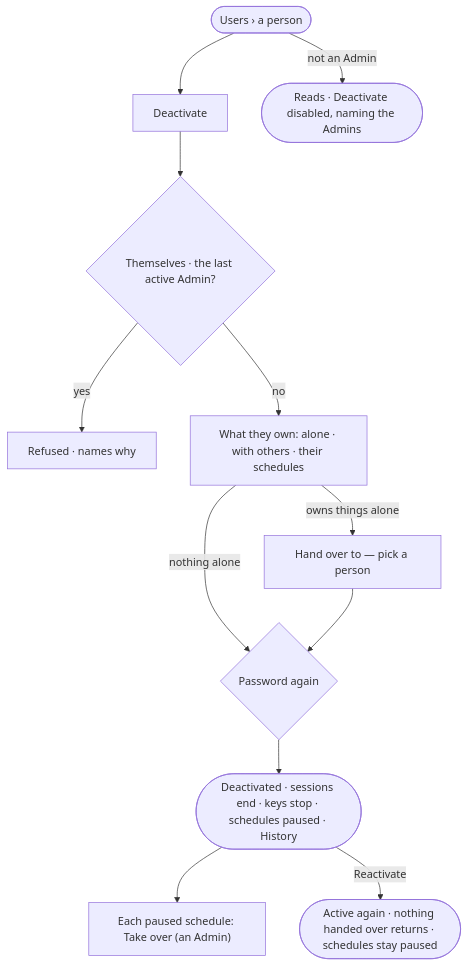
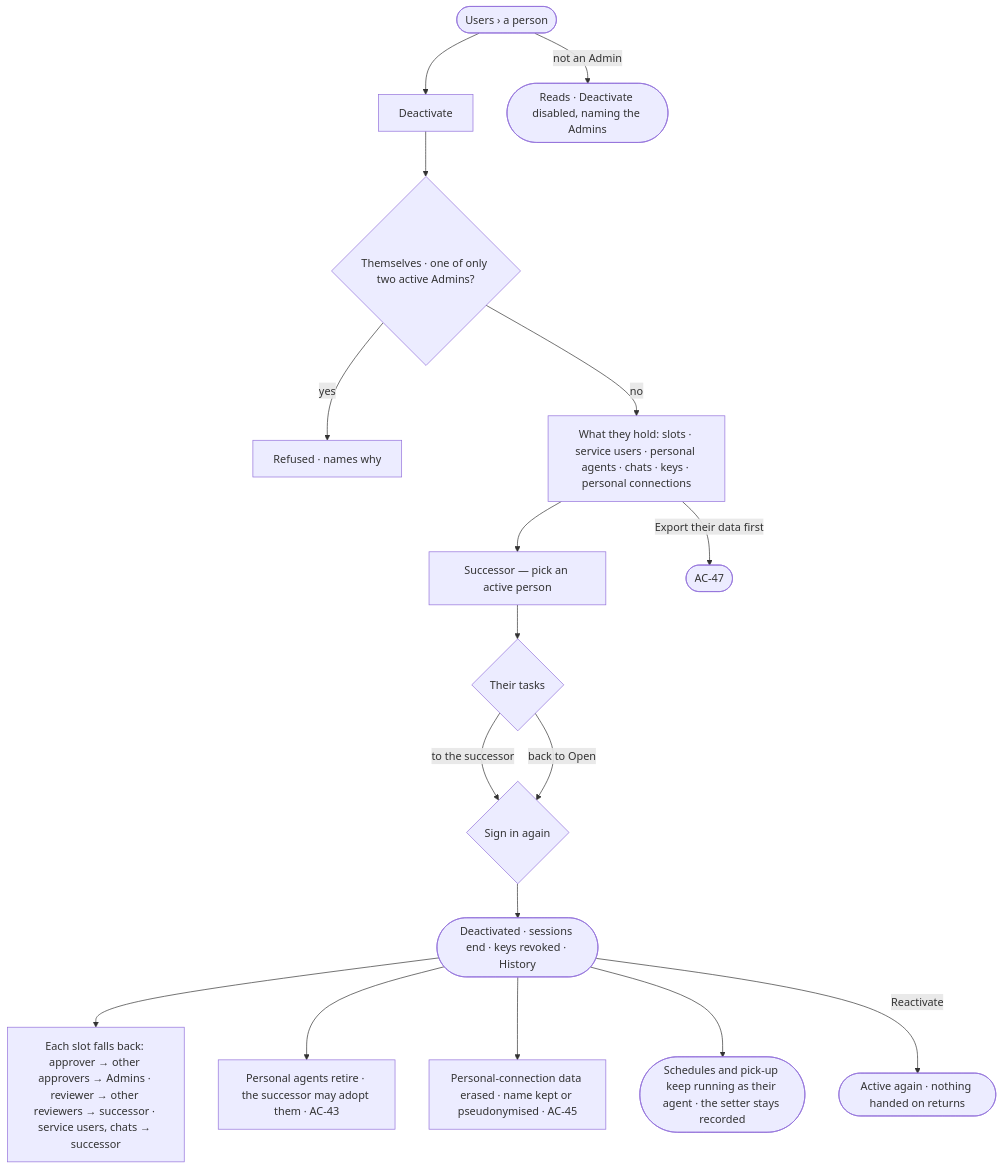
Before and after one commit to invana/invana: the diagram in specs/os/access/features/AC-F03-directory/stories/AC-23-deactivate-a-person-who-leaves/story.md, drawn with Mermaid. The commit also changed other lines of this file and 300 other files, not shown here.

````diff
--- a/specs/os/access/features/AC-F03-directory/stories/AC-23-deactivate-a-person-who-leaves/story.md
+++ b/specs/os/access/features/AC-F03-directory/stories/AC-23-deactivate-a-person-who-leaves/story.md
@@ -26,14 +26,19 @@
 ```mermaid
 flowchart TD
   s([Users › a person]) --> d["Deactivate"]
-  d --> chk{"Themselves · the last active Admin?"}
+  d --> chk{"Themselves · one of only two active Admins?"}
   chk -->|yes| no["Refused · names why"]
-  chk -->|no| o["What they own: alone · with others · their schedules"]
-  o -->|owns things alone| h["Hand over to — pick a person"]
-  o -->|nothing alone| pw
-  h --> pw{"Password again"}
-  pw --> done(["Deactivated · sessions end · keys stop · schedules paused · History"])
-  done --> sch["Each paused schedule: Take over (an Admin)"]
-  done -->|Reactivate| re(["Active again · nothing handed over returns · schedules stay paused"])
+  chk -->|no| o["What they hold: slots · service users · personal agents · chats · keys · personal connections"]
+  o --> su["Successor — pick an active person"]
+  su --> tk{"Their tasks"}
+  tk -->|to the successor| pw
+  tk -->|back to Open| pw
+  o -->|Export their data first| ex(["AC-47"])
+  pw{"Sign in again"} --> done(["Deactivated · sessions end · keys revoked · History"])
+  done --> sl["Each slot falls back: approver → other approvers → Admins · reviewer → other reviewers → successor · service users, chats → successor"]
+  done --> ag["Personal agents retire · the successor may adopt them · AC-43"]
+  done --> pd["Personal-connection data erased · name kept or pseudonymised · AC-45"]
+  done --> sch(["Schedules and pick-up keep running as their agent · the setter stays recorded"])
+  done -->|Reactivate| re(["Active again · nothing handed on returns"])
   s -->|not an Admin| ro(["Reads · Deactivate disabled, naming the Admins"])
 ```
````
